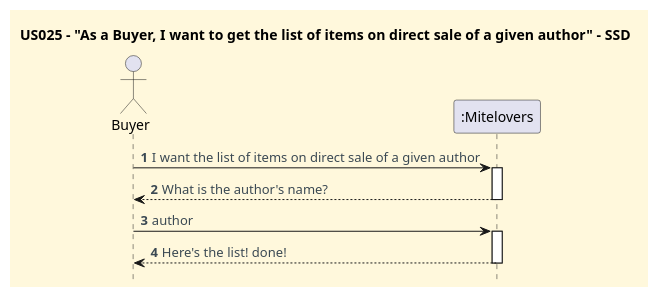
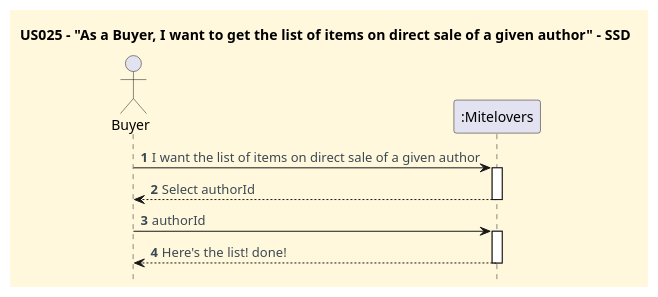
Before and after one commit to CarolinaLeite-collab/JavaMarketplacePlatform: the diagram in docs/user-stories/US025/US025_get_list_of_items_on_direct_sale_of_given_author_SSD.puml, drawn with PlantUML. The commit also changed 5 other files, not shown here.

```diff
--- a/docs/user-stories/US025/US025_get_list_of_items_on_direct_sale_of_given_author_SSD.puml
+++ b/docs/user-stories/US025/US025_get_list_of_items_on_direct_sale_of_given_author_SSD.puml
@@ -1,33 +1,33 @@
 @startuml
 title US025 – "As a Buyer, I want to get the list of items on direct sale of a given author" - SSD
 hidefootbox
 
 '==== basic style ====
 skinparam monochrome false
 skinparam shadowing false
 skinparam defaultFontName Futura
 skinparam objectFontSize 20
 skinparam backgroundColor CornSilk
 skinparam objectBackgroundColor WhiteSmoke
 skinparam noteBackgroundColor #FFFFE0
 skinparam ArrowFontColor #3B4953
 skinparam ActivationBackgroundColor black
 
 autonumber
 autoactivate off
 
 ' --- Actor and participants ---
 actor Buyer
 participant ":Mitelovers" as System
 
 ' --- System dialog ---
 Buyer -> System: I want the list of items on direct sale of a given author
 activate "System"
-System --> Buyer: What is the author's name?
+System --> Buyer: Select authorId
 deactivate "System"
-Buyer -> System: author
+Buyer -> System: authorId
 activate "System"
 System --> Buyer: Here's the list! done!
 deactivate "System"
 
 @enduml
```
